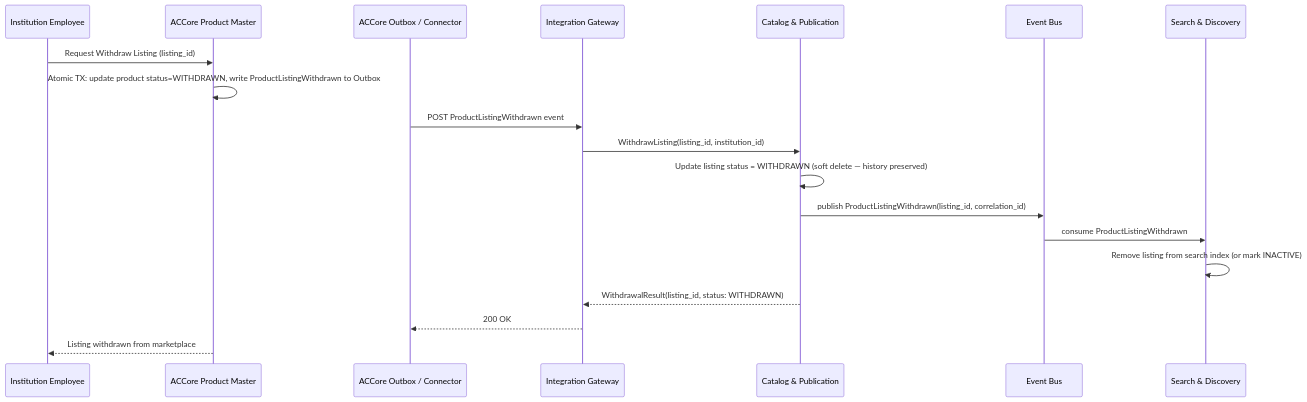
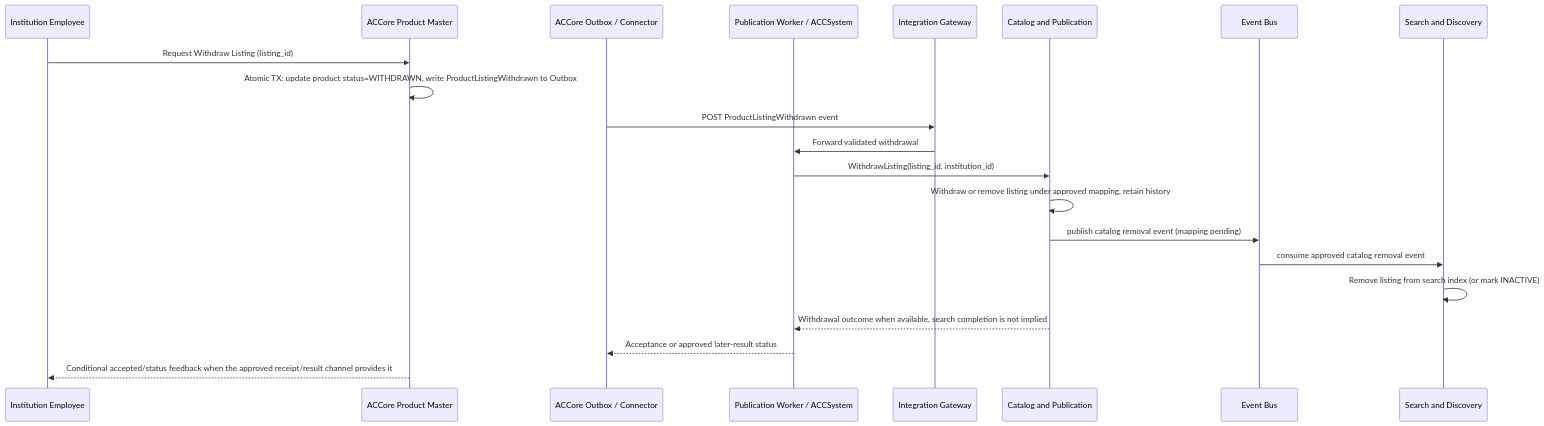
One commit to Emran025/accsystem changed the third of 3 diagrams in acc-architecture/supporting-views/dynamic-publication-flow.md. Above: the diagram before and after it, drawn with Mermaid. The commit also changed other lines of this file and 325 other files, not shown here.

````diff
--- a/acc-architecture/supporting-views/dynamic-publication-flow.md
+++ b/acc-architecture/supporting-views/dynamic-publication-flow.md
@@ -140,22 +131,24 @@
 ```mermaid
 sequenceDiagram
-    participant EMP as Institution Employee
-    participant ACM as ACCore Product Master
-    participant OBX as ACCore Outbox / Connector
-    participant IGW as Integration Gateway
-    participant CAT as Catalog & Publication
-    participant BUS as Event Bus
-    participant SRC as Search & Discovery
+  participant EMP as Institution Employee
+  participant ACM as ACCore Product Master
+  participant OBX as ACCore Outbox / Connector
+  participant PUB as Publication Worker / ACCSystem
+  participant IGW as Integration Gateway
+  participant CAT as Catalog and Publication
+  participant BUS as Event Bus
+  participant SRC as Search and Discovery
 
     EMP->>ACM: Request Withdraw Listing (listing_id)
     ACM->>ACM: Atomic TX: update product status=WITHDRAWN, write ProductListingWithdrawn to Outbox
     OBX->>IGW: POST ProductListingWithdrawn event
-    IGW->>CAT: WithdrawListing(listing_id, institution_id)
-    CAT->>CAT: Update listing status = WITHDRAWN (soft delete — history preserved)
-    CAT->>BUS: publish ProductListingWithdrawn(listing_id, correlation_id)
-    BUS->>SRC: consume ProductListingWithdrawn
+    IGW->>PUB: Forward validated withdrawal
+    PUB->>CAT: WithdrawListing(listing_id, institution_id)
+    CAT->>CAT: Withdraw or remove listing under approved mapping, retain history
+    CAT->>BUS: publish catalog removal event (mapping pending)
+    BUS->>SRC: consume approved catalog removal event
     SRC->>SRC: Remove listing from search index (or mark INACTIVE)
-    CAT-->>IGW: WithdrawalResult(listing_id, status: WITHDRAWN)
-    IGW-->>OBX: 200 OK
-    ACM-->>EMP: Listing withdrawn from marketplace
+    CAT-->>PUB: Withdrawal outcome when available, search completion is not implied
+    PUB-->>OBX: Acceptance or approved later-result status
+    ACM-->>EMP: Conditional accepted/status feedback when the approved receipt/result channel provides it
 ```
````
